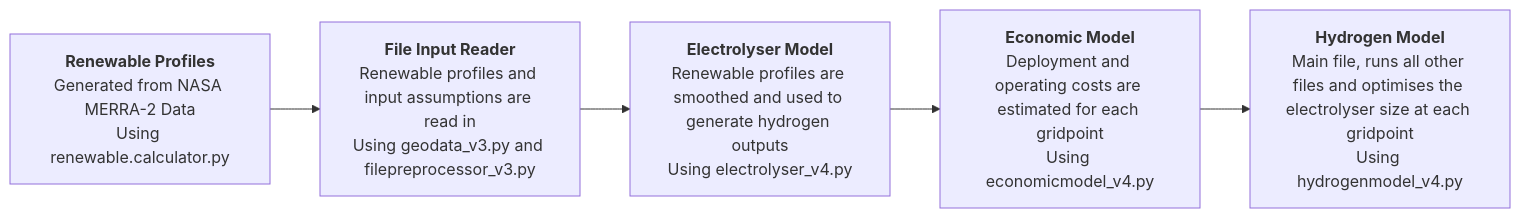
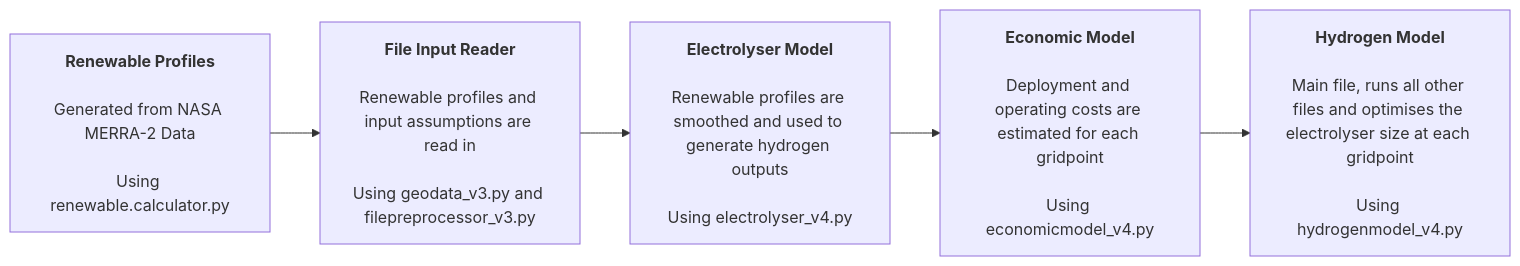
Before and after one commit to LukeHatton21/HydrogenModel: the diagram in README.md, drawn with Mermaid.

````diff
--- a/README.md
+++ b/README.md
@@ -25,20 +25,20 @@
 ```mermaid
 %%{init: {"flowchart": {"htmlLabels": false}} }%%
 flowchart LR
-RenewableProfiles["`**Renewable Profiles**
-    Generated from NASA MERRA-2 Data
+RenewableProfiles["`**Renewable Profiles**<br>
+    Generated from NASA MERRA-2 Data<br>
     Using renewable.calculator.py`"]
-Files["`**File Input Reader**
-    Renewable profiles and input assumptions are read in
+Files["`**File Input Reader**<br>
+    Renewable profiles and input assumptions are read in<br>
     Using geodata_v3.py and filepreprocessor_v3.py`"]
-ElectrolyserModel["`**Electrolyser Model**
-    Renewable profiles are smoothed and used to generate hydrogen outputs
+ElectrolyserModel["`**Electrolyser Model**<br>
+    Renewable profiles are smoothed and used to generate hydrogen outputs<br>
     Using electrolyser_v4.py`"]
-EconomicModel["`**Economic Model**
-    Deployment and operating costs are estimated for each gridpoint
+EconomicModel["`**Economic Model**<br>
+    Deployment and operating costs are estimated for each gridpoint<br>
     Using economicmodel_v4.py`"]
-hydrogenModel["`**Hydrogen Model**
-    Main file, runs all other files and optimises the electrolyser size at each gridpoint
+hydrogenModel["`**Hydrogen Model**<br>
+    Main file, runs all other files and optimises the electrolyser size at each gridpoint<br>
     Using hydrogenmodel_v4.py`"]
     RenewableProfiles --> Files --> ElectrolyserModel --> EconomicModel --> hydrogenModel
 ```
````
